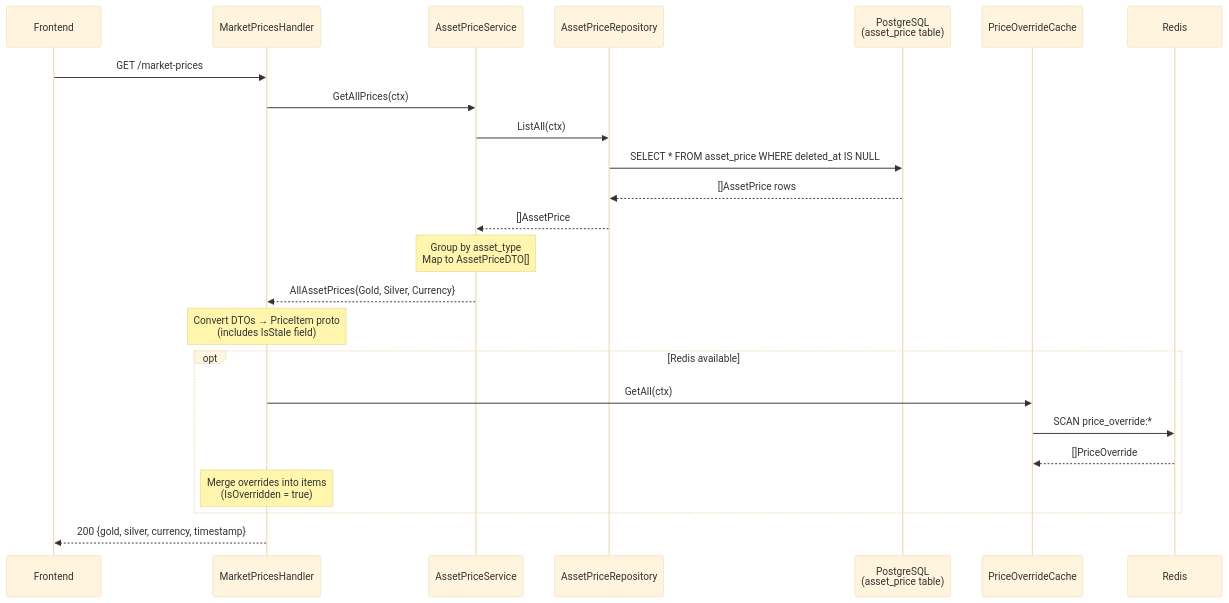
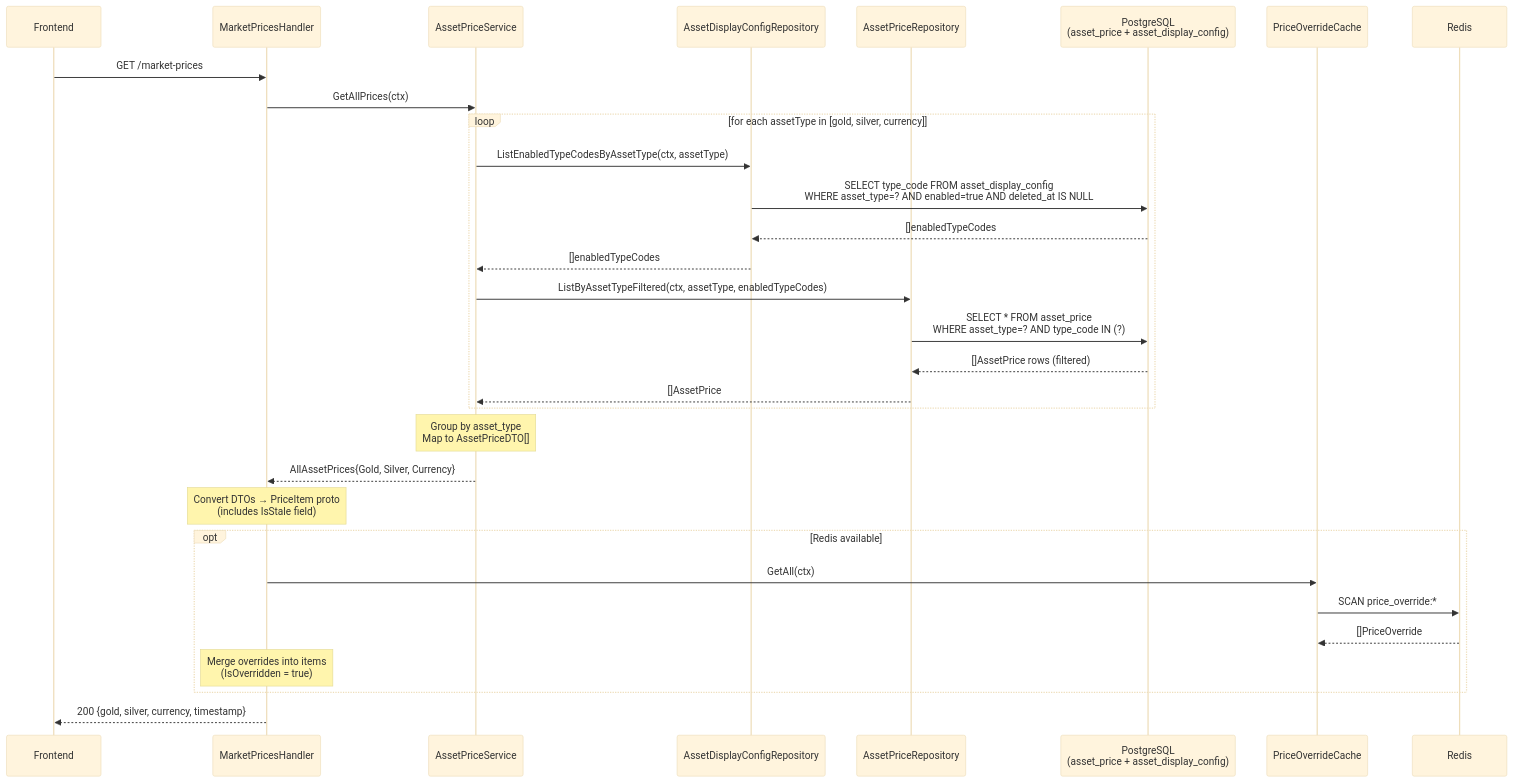
Before and after one commit to khanhnq1406/wealth-journey: the fifth of 19 diagrams in docs/architecture/flow-cross-cutting.md, drawn with Mermaid (base theme). The commit also changed other lines of this file and 2 other files, not shown here.

Commit message:
docs(price-filter): update flow diagram + report for display-config price filter fix
flow-cross-cutting.md §14 READER sequence diagram now shows the two-step
filter chain (ListEnabledTypeCodesByAssetType → ListByAssetTypeFiltered)
and adds key invariants for the display-config filter and the unaffected
ResolvePrice path.

asset-price-bridge-report.md: appended post-release fix section covering
root cause, all changed files, security review, and commit refs.

````diff
--- a/docs/architecture/flow-cross-cutting.md
+++ b/docs/architecture/flow-cross-cutting.md
@@ -278,31 +278,38 @@
 ```mermaid
 sequenceDiagram
     participant C as Frontend
     participant H as MarketPricesHandler
     participant APS as AssetPriceService
+    participant ADCR as AssetDisplayConfigRepository
     participant APR as AssetPriceRepository
-    participant DB as PostgreSQL<br/>(asset_price table)
+    participant DB as PostgreSQL<br/>(asset_price + asset_display_config)
     participant POC as PriceOverrideCache
     participant R as Redis
 
     C->>H: GET /market-prices
 
     H->>APS: GetAllPrices(ctx)
-    APS->>APR: ListAll(ctx)
-    APR->>DB: SELECT * FROM asset_price WHERE deleted_at IS NULL
-    DB-->>APR: []AssetPrice rows
-    APR-->>APS: []AssetPrice
+    loop for each assetType in [gold, silver, currency]
+        APS->>ADCR: ListEnabledTypeCodesByAssetType(ctx, assetType)
+        ADCR->>DB: SELECT type_code FROM asset_display_config<br/>WHERE asset_type=? AND enabled=true AND deleted_at IS NULL
+        DB-->>ADCR: []enabledTypeCodes
+        ADCR-->>APS: []enabledTypeCodes
+        APS->>APR: ListByAssetTypeFiltered(ctx, assetType, enabledTypeCodes)
+        APR->>DB: SELECT * FROM asset_price<br/>WHERE asset_type=? AND type_code IN (?)
+        DB-->>APR: []AssetPrice rows (filtered)
+        APR-->>APS: []AssetPrice
+    end
     Note over APS: Group by asset_type<br/>Map to AssetPriceDTO[]
     APS-->>H: AllAssetPrices{Gold, Silver, Currency}
 
     Note over H: Convert DTOs → PriceItem proto<br/>(includes IsStale field)
 
     opt Redis available
         H->>POC: GetAll(ctx)
         POC->>R: SCAN price_override:*
         R-->>POC: []PriceOverride
         Note over H: Merge overrides into items<br/>(IsOverridden = true)
     end
 
     H-->>C: 200 {gold, silver, currency, timestamp}
 ```
````
